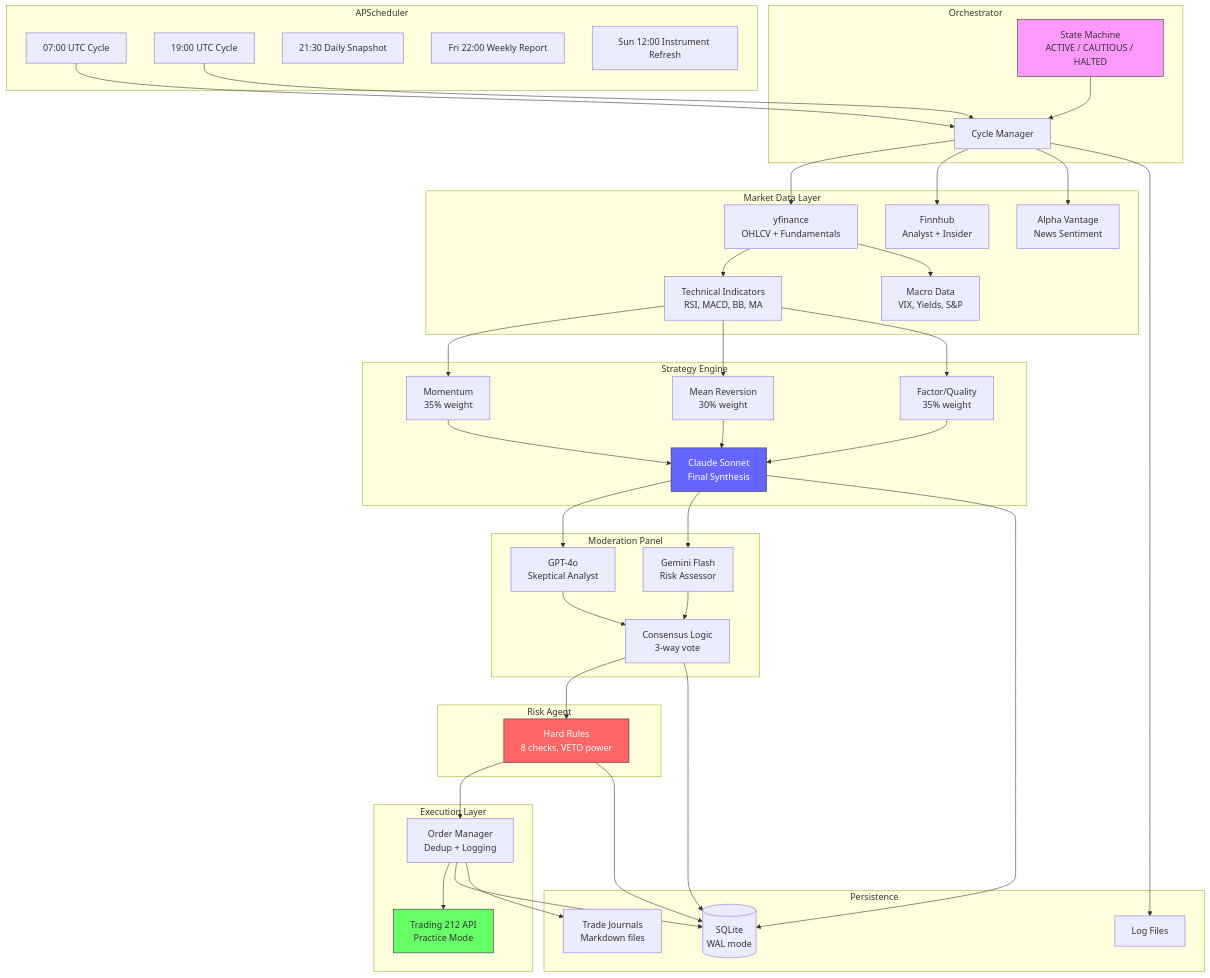
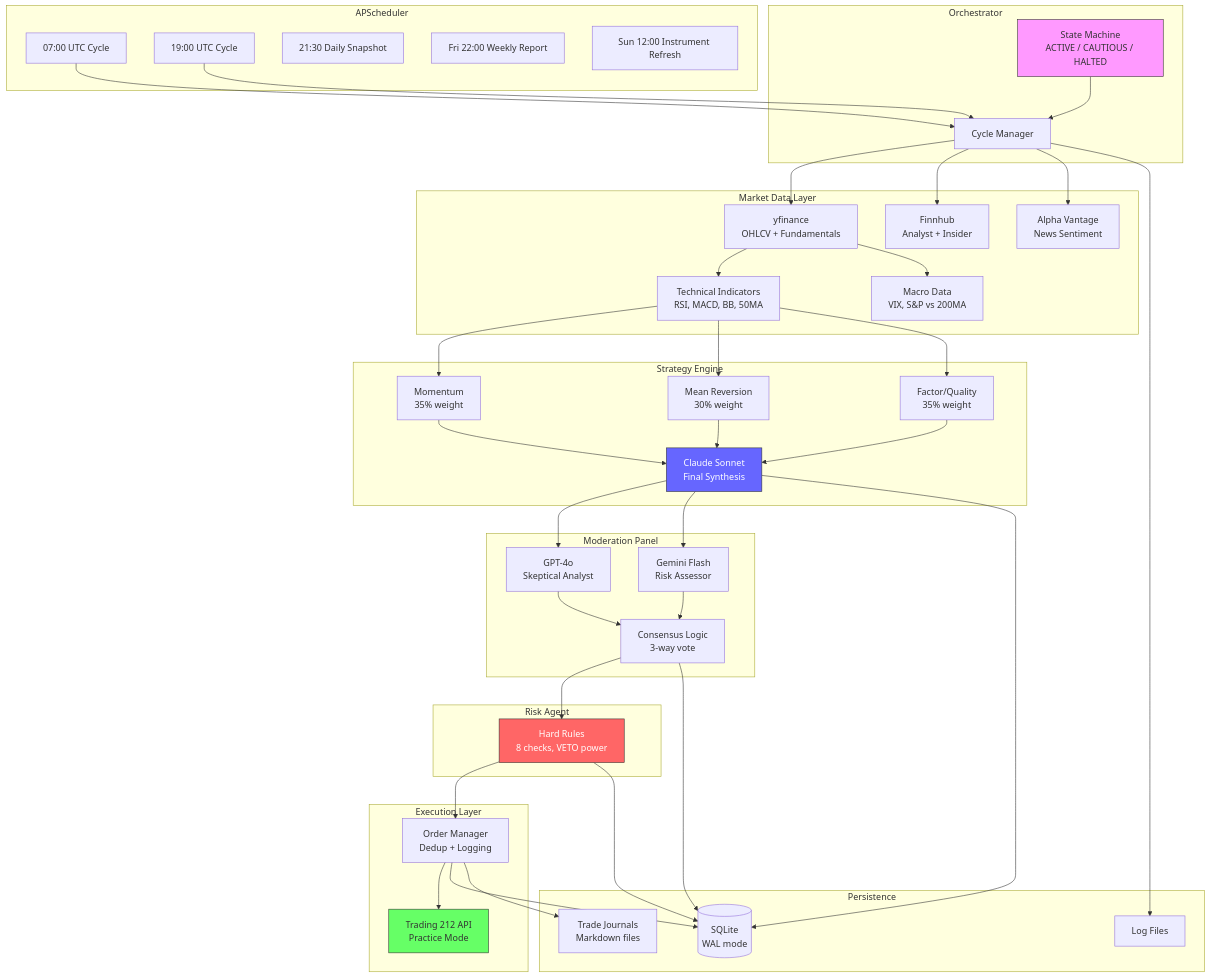
Before and after one commit to zenouz-ai/zeninvest: the first of 5 diagrams in docs/ARCHITECTURE.md, drawn with Mermaid. The commit also changed other lines of this file and 10 other files, not shown here.

```diff
--- a/docs/ARCHITECTURE.md
+++ b/docs/ARCHITECTURE.md
@@ -214,8 +214,8 @@
         YF[yfinance<br/>OHLCV + Fundamentals]
         FH[Finnhub<br/>Analyst + Insider]
         AV[Alpha Vantage<br/>News Sentiment]
-        IND[Technical Indicators<br/>RSI, MACD, BB, MA]
-        MACRO[Macro Data<br/>VIX, Yields, S&P]
+        IND[Technical Indicators<br/>RSI, MACD, BB, 50MA]
+        MACRO[Macro Data<br/>VIX, S&P vs 200MA]
     end
 
     subgraph Strategy["Strategy Engine"]
```
